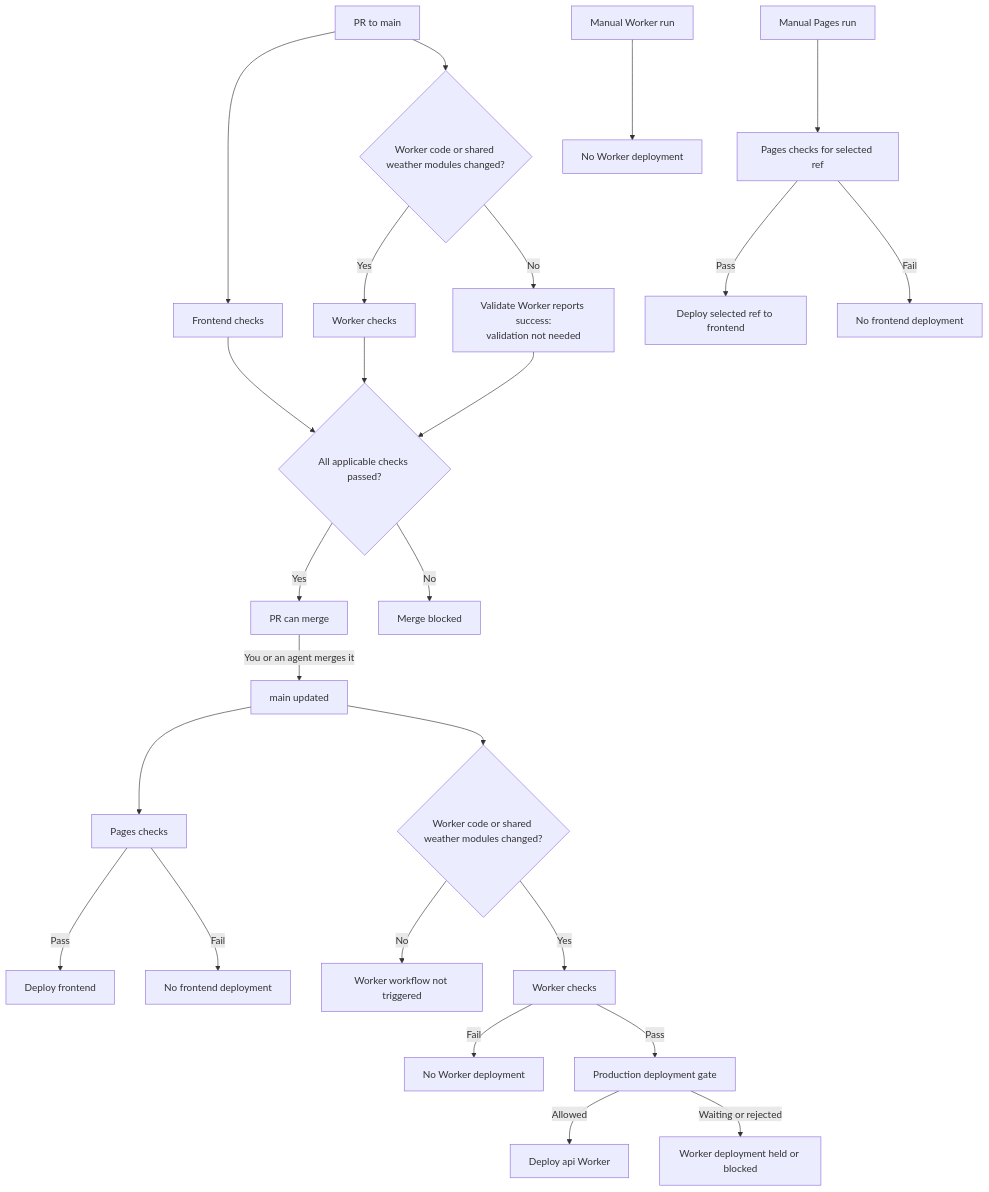
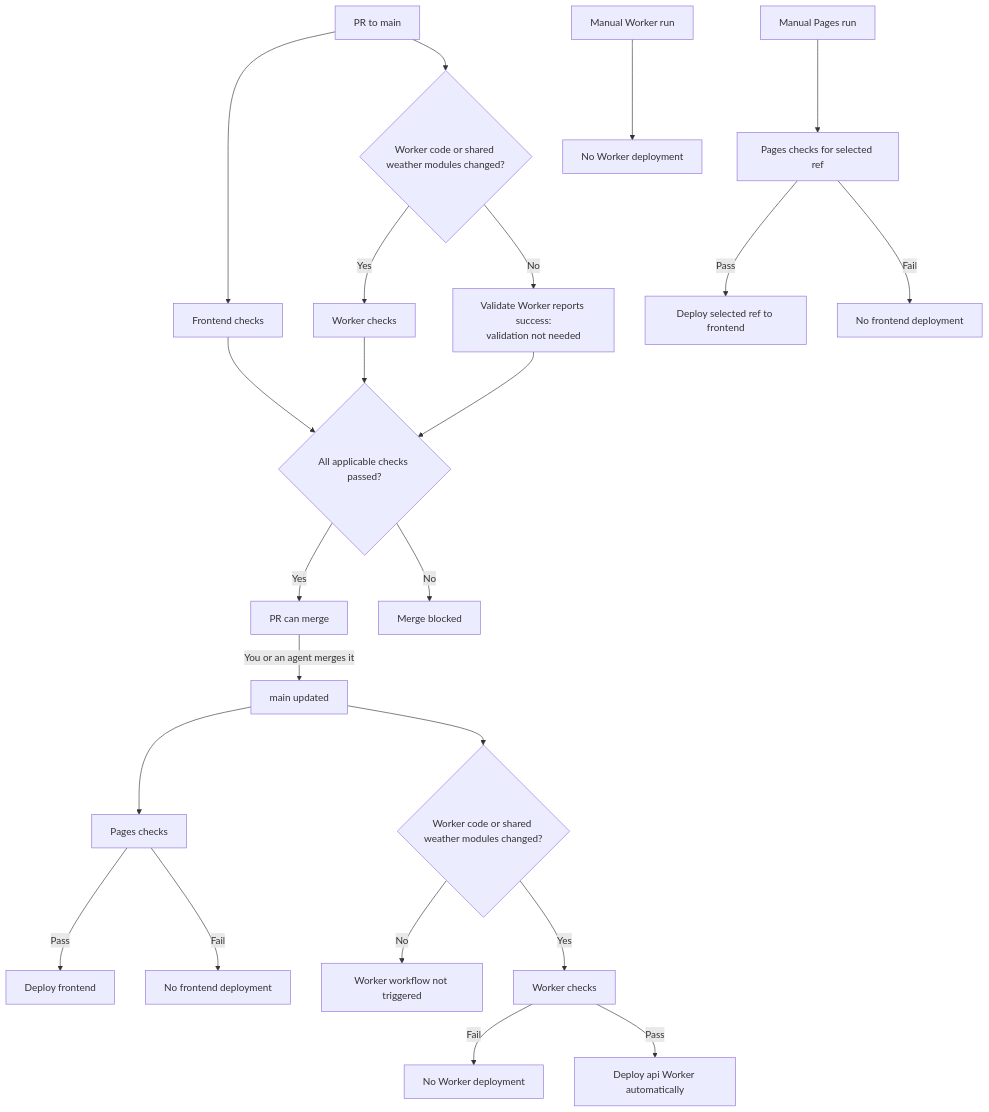
Before and after one commit to Thames1990/weather-now: the diagram in .github/workflows/README.md, drawn with Mermaid. The commit also changed other lines of this file and 1 other file, not shown here.

Commit message:
docs(workflows): describe automatic worker deployment

````diff
--- a/.github/workflows/README.md
+++ b/.github/workflows/README.md
@@ -6,30 +6,28 @@
 ```mermaid
 flowchart TD
     PR["PR to main"] --> FRONTEND["Frontend checks"]
     PR --> RELEVANT{"Worker code or shared weather modules changed?"}
     RELEVANT -->|"Yes"| PRWORKER["Worker checks"]
     RELEVANT -->|"No"| NOTNEEDED["Validate Worker reports success:<br/>validation not needed"]
     FRONTEND --> PRCHECKS{"All applicable checks passed?"}
     PRWORKER --> PRCHECKS
     NOTNEEDED --> PRCHECKS
     PRCHECKS -->|"Yes"| MERGE["PR can merge"]
     PRCHECKS -->|"No"| BLOCK["Merge blocked"]
 
     MERGE -->|"You or an agent merges it"| MAIN["main updated"]
     MAIN --> PAGES["Pages checks"]
     PAGES -->|"Pass"| SITE["Deploy frontend"]
     PAGES -->|"Fail"| SITEFAIL["No frontend deployment"]
     MAIN --> CHANGED{"Worker code or shared weather modules changed?"}
     CHANGED -->|"No"| SKIP["Worker workflow not triggered"]
     CHANGED -->|"Yes"| WORKER["Worker checks"]
     WORKER -->|"Fail"| APIFAIL["No Worker deployment"]
-    WORKER -->|"Pass"| GATE["Production deployment gate"]
-    GATE -->|"Allowed"| API["Deploy api Worker"]
-    GATE -->|"Waiting or rejected"| HOLD["Worker deployment held or blocked"]
+    WORKER -->|"Pass"| API["Deploy api Worker automatically"]
 
     MP["Manual Pages run"] --> MPC["Pages checks for selected ref"]
     MPC -->|"Pass"| MPD["Deploy selected ref to frontend"]
     MPC -->|"Fail"| MPFAIL["No frontend deployment"]
 
     MW["Manual Worker run"] --> MWEND["No Worker deployment"]
 ```
````
